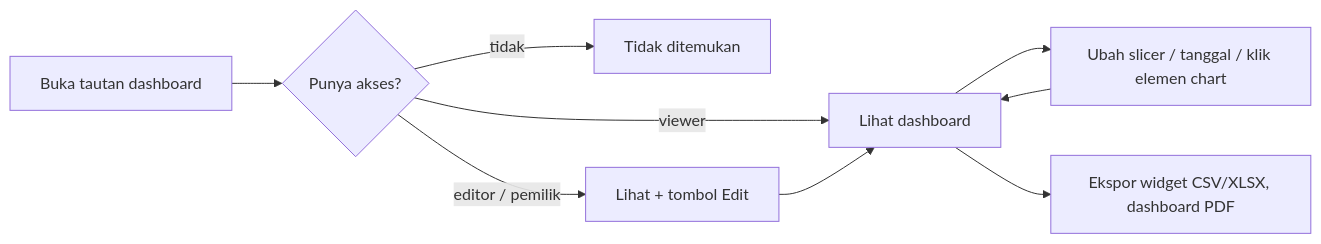
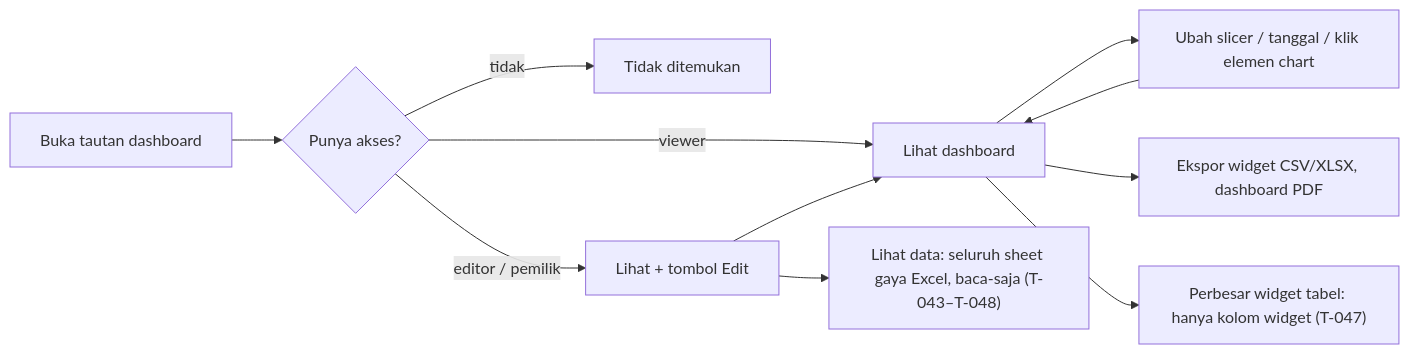
One commit to anas-fikri/data-dashboard changed the third of 9 diagrams in docs/flow-kerja.md. Above: the diagram before and after it, drawn with Mermaid. The commit also changed other lines of this file and 12 other files, not shown here.

First line of the commit message:
docs(T-064): panduan Lihat data dan data per periode, dokumen acuan G-6, skrip UAT pemilik

````diff
--- a/docs/flow-kerja.md
+++ b/docs/flow-kerja.md
@@ -73,11 +73,13 @@
 ```mermaid
 flowchart LR
   O["Buka tautan dashboard"] --> A{"Punya akses?"}
   A -->|tidak| N["Tidak ditemukan"]
   A -->|viewer| VW["Lihat dashboard"]
   A -->|editor / pemilik| ED["Lihat + tombol Edit"]
   VW --> FI["Ubah slicer / tanggal / klik elemen chart"]
   FI --> VW
   VW --> EX["Ekspor widget CSV/XLSX, dashboard PDF"]
   ED --> VW
+  ED --> LD["Lihat data: seluruh sheet gaya Excel, baca-saja (T-043–T-048)"]
+  VW --> PB["Perbesar widget tabel: hanya kolom widget (T-047)"]
 ```
````
